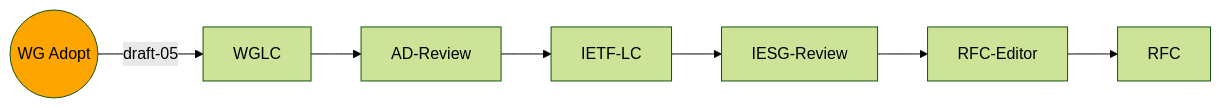
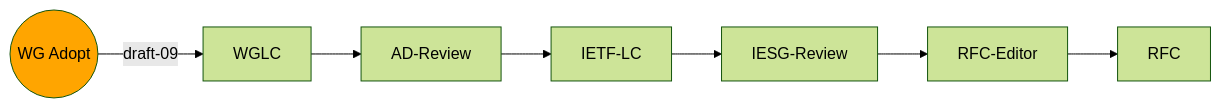
The third of 13 diagrams in index.md (ietf-wg-httpapi/ietf-wg-httpapi.github.io), drawn with Mermaid (forest theme) before and after one commit. The commit also changed other lines of this file, not shown here.

````diff
--- a/index.md
+++ b/index.md
@@ -81,14 +56,13 @@
 ```mermaid
 graph LR
     classDef current fill:orange
     classDef lastIETF fill:pink
 
-    WG-Adopt((WG Adopt)) --draft-05--> WGLC
+    WG-Adopt((WG Adopt)) --draft-09--> WGLC
+    class WG-Adopt current
     WGLC --> AD-Review
     AD-Review --> IETF-LC
     IETF-LC --> IESG-Review
     IESG-Review --> RFC-Editor
     RFC-Editor --> RFC
-
-    class WG-Adopt current
 ```
````
